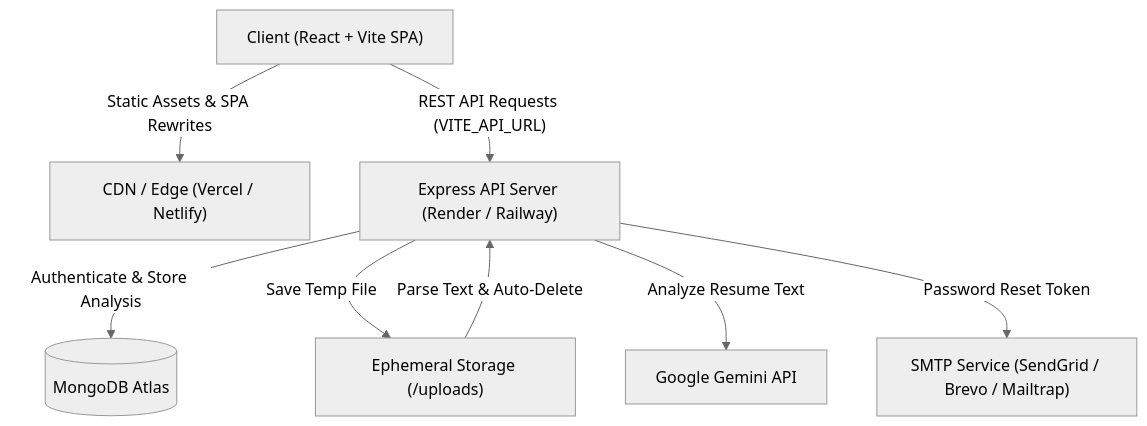
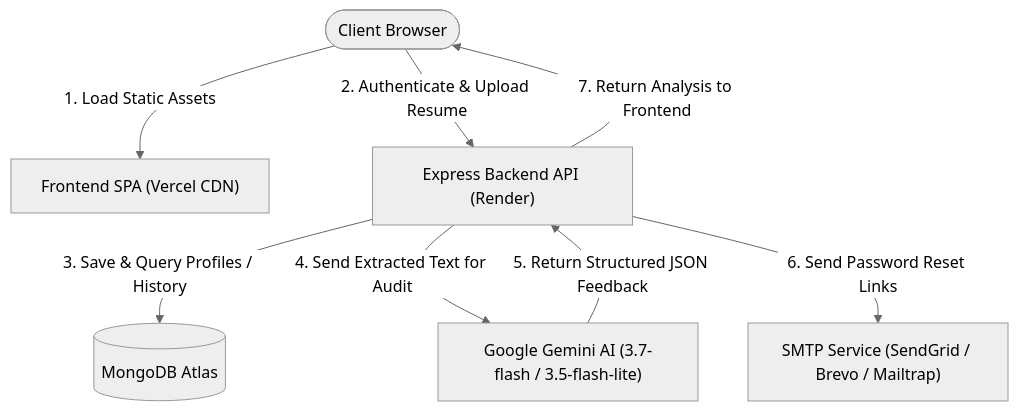
One commit to Rajksri02/resumeiq changed the diagram in README.md. Above: the diagram before and after it, drawn with Mermaid (neutral theme). The commit also changed other lines of this file, not shown here.

Commit message:
docs: update README with live deployment URLs, architecture, and multi-model AI resilience

````diff
--- a/README.md
+++ b/README.md
@@ -59,18 +64,17 @@
 ```mermaid
 flowchart TD
-    Client["Client (React + Vite SPA)"]
-    Proxy["CDN / Edge (Vercel / Netlify)"]
-    API["Express API Server (Render / Railway)"]
-    DB[("MongoDB Atlas")]
-    Gemini["Google Gemini API"]
+    User(["Client Browser"])
+    Vercel["Frontend SPA (Vercel CDN)"]
+    Render["Express Backend API (Render)"]
+    Atlas[("MongoDB Atlas")]
+    Gemini["Google Gemini AI (3.7-flash / 3.5-flash-lite)"]
     SMTP["SMTP Service (SendGrid / Brevo / Mailtrap)"]
-    Uploads["Ephemeral Storage (/uploads)"]
 
-    Client -->|"Static Assets & SPA Rewrites"| Proxy
-    Client -->|"REST API Requests (VITE_API_URL)"| API
-    API -->|"Authenticate & Store Analysis"| DB
-    API -->|"Save Temp File"| Uploads
-    Uploads -->|"Parse Text & Auto-Delete"| API
-    API -->|"Analyze Resume Text"| Gemini
-    API -->|"Password Reset Token"| SMTP
+    User -->|"1. Load Static Assets"| Vercel
+    User -->|"2. Authenticate & Upload Resume"| Render
+    Render -->|"3. Save & Query Profiles / History"| Atlas
+    Render -->|"4. Send Extracted Text for Audit"| Gemini
+    Gemini -->|"5. Return Structured JSON Feedback"| Render
+    Render -->|"6. Send Password Reset Links"| SMTP
+    Render -->|"7. Return Analysis to Frontend"| User
 ```
````
